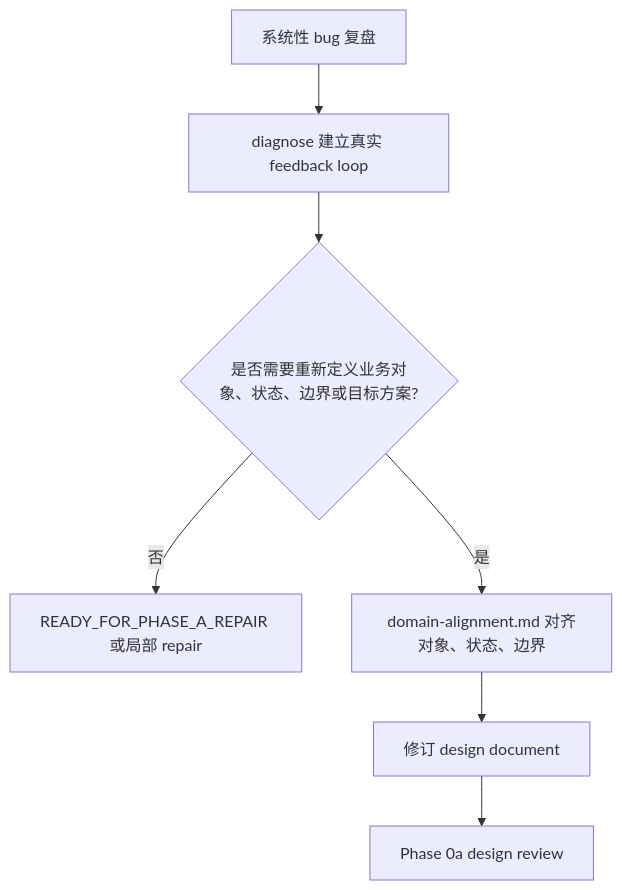
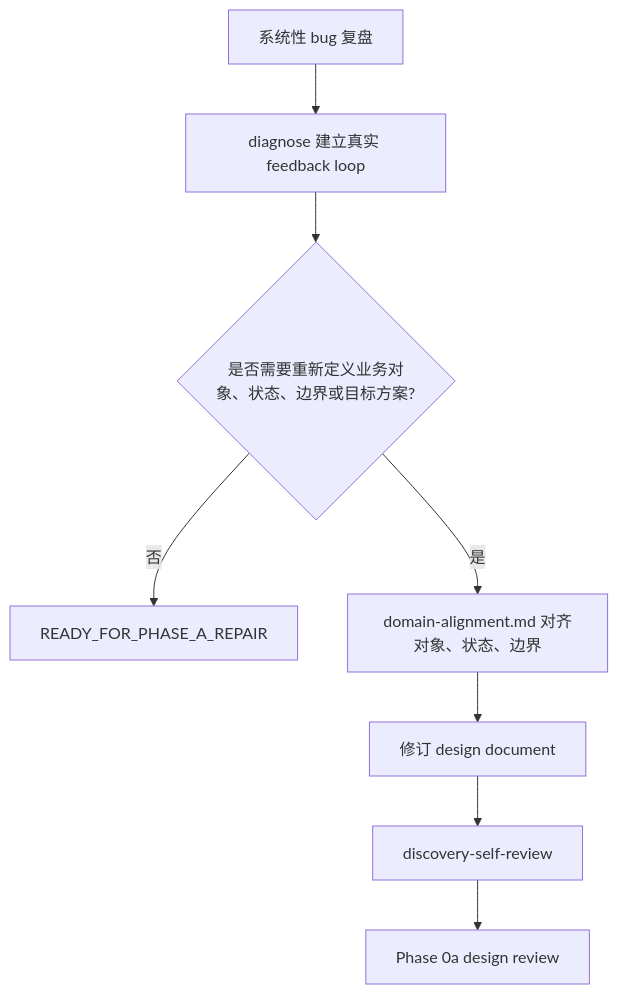
The second of 2 diagrams in .agents/skills/orchestrate-discovery/references/bug-input.md (chancheuklap/multi-model-workflow), drawn with Mermaid before and after one commit. The commit also changed other lines of this file and 4 other files, not shown here.

Commit message:
Align orchestrate flowcharts with routing text

````diff
--- a/.agents/skills/orchestrate-discovery/references/bug-input.md
+++ b/.agents/skills/orchestrate-discovery/references/bug-input.md
@@ -51,9 +54,10 @@
 ```mermaid
 flowchart TD
     A["系统性 bug 复盘"] --> B["diagnose 建立真实 feedback loop"]
     B --> C{"是否需要重新定义业务对象、状态、边界或目标方案?"}
-    C -->|否| D["READY_FOR_PHASE_A_REPAIR 或局部 repair"]
+    C -->|否| D["READY_FOR_PHASE_A_REPAIR"]
     C -->|是| E["domain-alignment.md 对齐对象、状态、边界"]
     E --> F["修订 design document"]
-    F --> G["Phase 0a design review"]
+    F --> G["discovery-self-review"]
+    G --> H["Phase 0a design review"]
 ```
````
